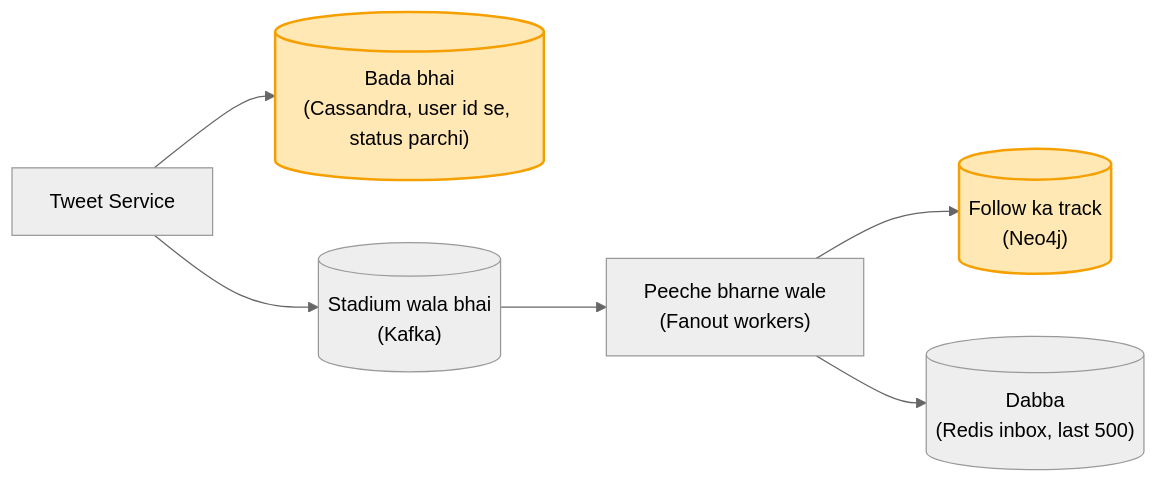
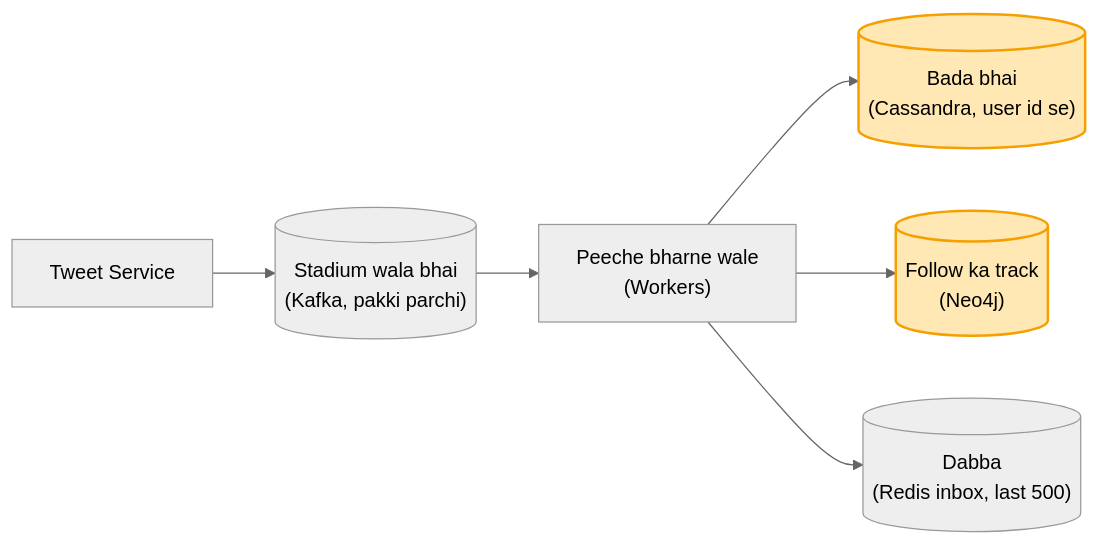
The second of 3 diagrams in 04_HLD/SYSTEM_DESIGNS/03_twitter_feed/03_twitter_feed.md (ArpanMaheshwari144/Prep), drawn with Mermaid (neutral theme) before and after one commit. The commit also changed other lines of this file and 7 other files, not shown here.

Commit message:
HLD audit: twitter Kafka pehle (row parchi hata), notification idempotency Postgres, stock ACID + order log saaf, Kafka 30 gate, chat seq restart, docs Saved Cassandra ke baad

````diff
--- a/04_HLD/SYSTEM_DESIGNS/03_twitter_feed/03_twitter_feed.md
+++ b/04_HLD/SYSTEM_DESIGNS/03_twitter_feed/03_twitter_feed.md
@@ -113,10 +114,10 @@
 ```mermaid
 flowchart LR
-    TS["Tweet Service"] --> C[("Bada bhai<br/>(Cassandra, user id se, status parchi)")]
-    TS --> K[("Stadium wala bhai<br/>(Kafka)")]
-    K --> FW["Peeche bharne wale<br/>(Fanout workers)"]
+    TS["Tweet Service"] --> K[("Stadium wala bhai<br/>(Kafka, pakki parchi)")]
+    K --> FW["Peeche bharne wale<br/>(Workers)"]
+    FW --> C[("Bada bhai<br/>(Cassandra, user id se)")]
     FW --> G[("Follow ka track<br/>(Neo4j)")]
     FW --> IN[("Dabba<br/>(Redis inbox, last 500)")]
     style C fill:#ffe8b3,stroke:#f59f00,stroke-width:2px,color:#000
     style G fill:#ffe8b3,stroke:#f59f00,stroke-width:2px,color:#000
 ```
````
